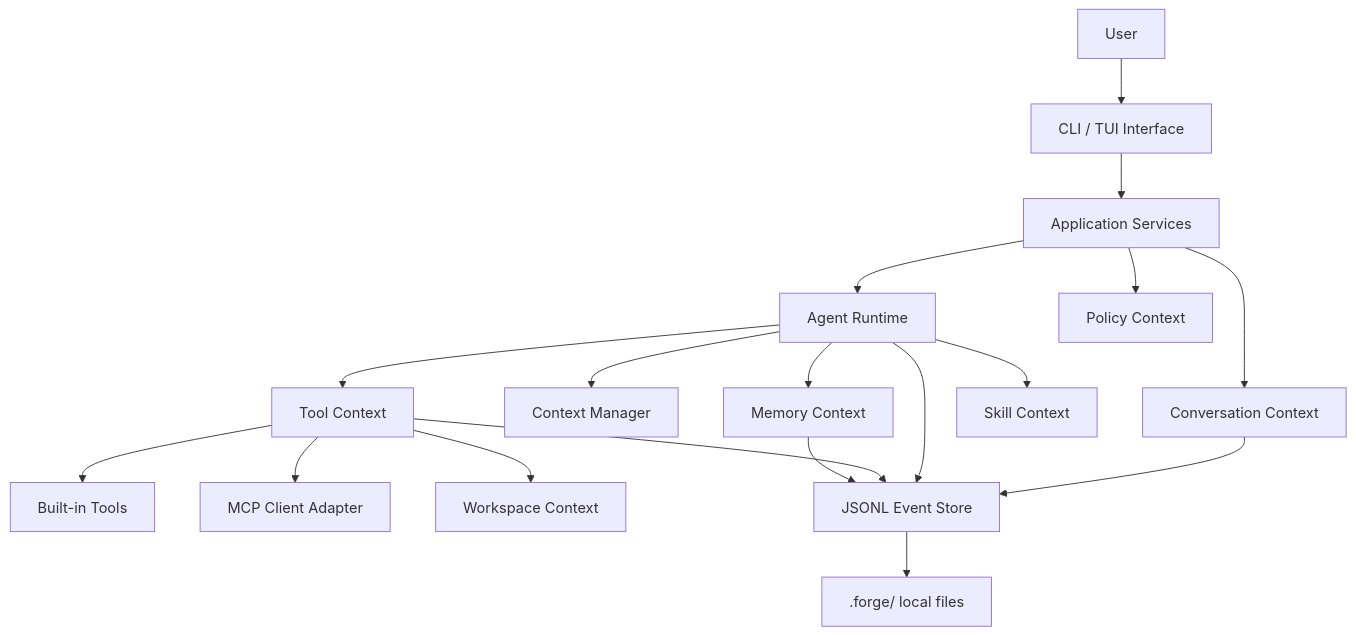
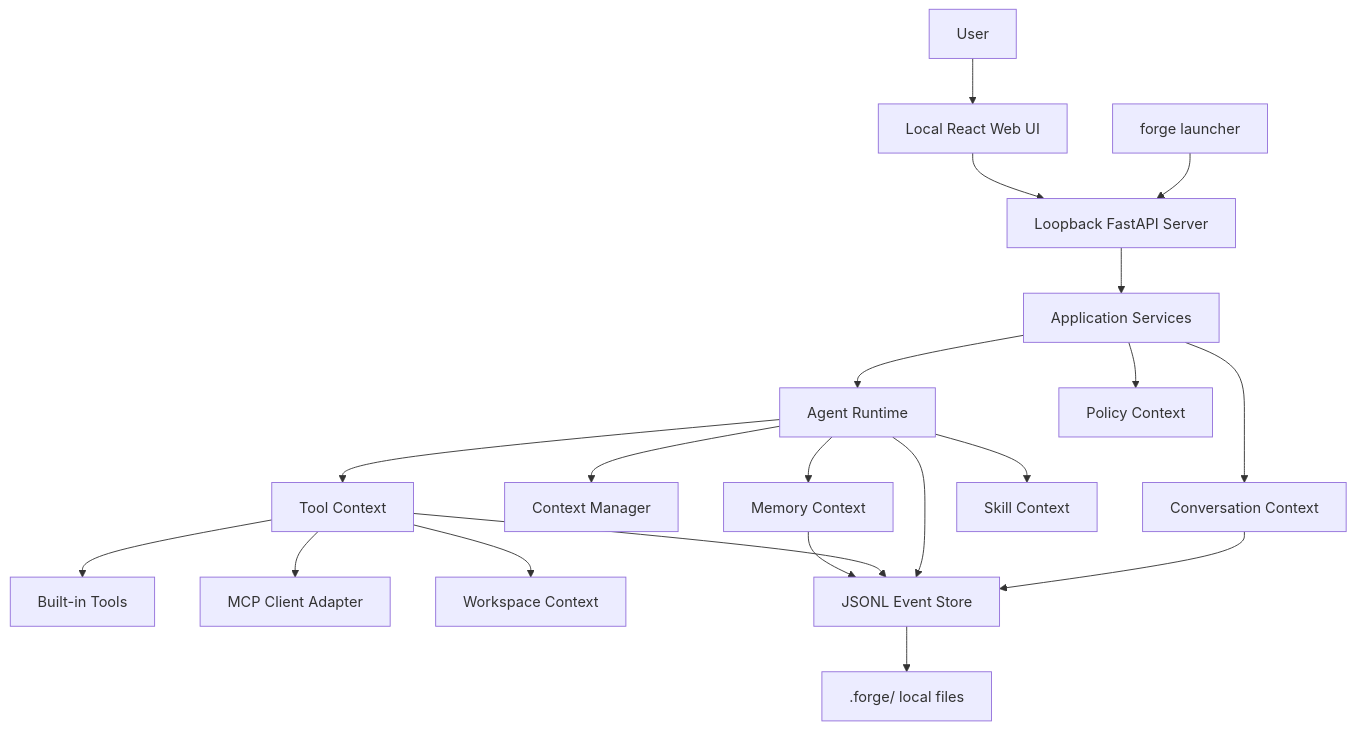
The diagram in docs/01-overview-design.md (qubaolai/ForgeCLI), drawn with Mermaid before and after one commit. The commit also changed other lines of this file and 139 other files, not shown here.

````diff
--- a/docs/01-overview-design.md
+++ b/docs/01-overview-design.md
@@ -138,20 +138,22 @@
 ```mermaid
 flowchart TD
-    User["User"] --> CLI["CLI / TUI Interface"]
-    CLI --> App["Application Services"]
+    User["User"] --> Web["Local React Web UI"]
+    Launcher["forge launcher"] --> Server["Loopback FastAPI Server"]
+    Web --> Server
+    Server --> App["Application Services"]
     App --> Conversation["Conversation Context"]
     App --> Agent["Agent Runtime"]
     App --> Policy["Policy Context"]
     Agent --> Context["Context Manager"]
     Agent --> Memory["Memory Context"]
     Agent --> Tools["Tool Context"]
     Agent --> Skills["Skill Context"]
     Tools --> Builtin["Built-in Tools"]
     Tools --> MCP["MCP Client Adapter"]
     Tools --> Workspace["Workspace Context"]
     Conversation --> Store["JSONL Event Store"]
     Agent --> Store
     Tools --> Store
     Memory --> Store
     Store --> Files[".forge/ local files"]
 ```
````
